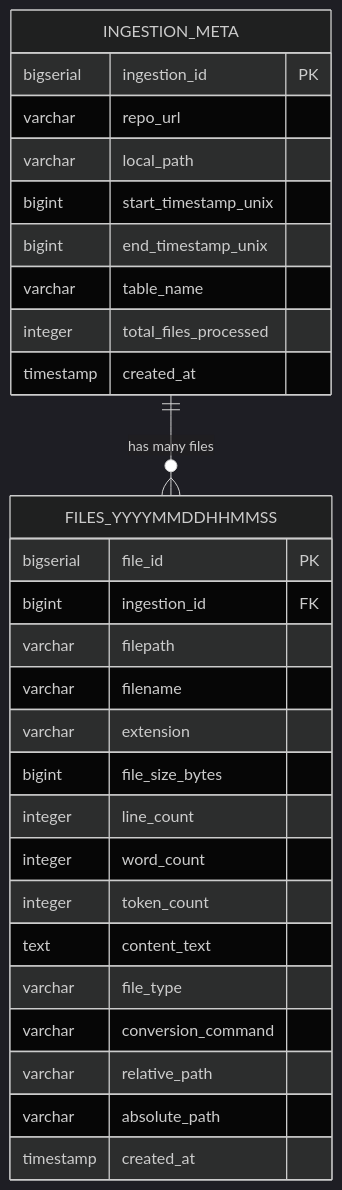
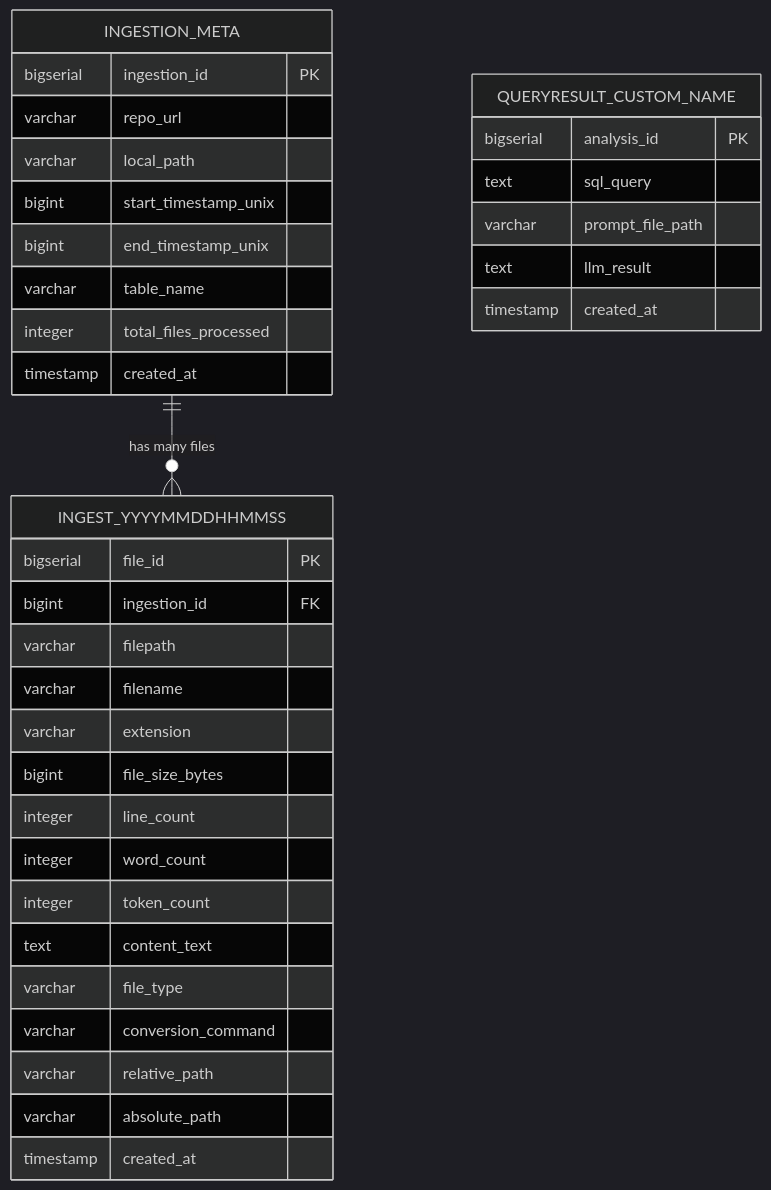
The diagram in .kiro/specs/S03-ingest-code-to-pgdb/requirements.md (that-in-rust/pensieve-local-llm-server), drawn with Mermaid (dark theme) before and after one commit. The commit also changed other lines of this file and 1 other file, not shown here.

````diff
--- a/.kiro/specs/S03-ingest-code-to-pgdb/requirements.md
+++ b/.kiro/specs/S03-ingest-code-to-pgdb/requirements.md
@@ -72,33 +161,41 @@
 ```mermaid
 erDiagram
     INGESTION_META {
         bigserial ingestion_id PK
         varchar repo_url
         varchar local_path
         bigint start_timestamp_unix
         bigint end_timestamp_unix
         varchar table_name
         integer total_files_processed
         timestamp created_at
     }
     
-    FILES_YYYYMMDDHHMMSS {
+    INGEST_YYYYMMDDHHMMSS {
         bigserial file_id PK
         bigint ingestion_id FK
         varchar filepath
         varchar filename
         varchar extension
         bigint file_size_bytes
         integer line_count
         integer word_count
         integer token_count
         text content_text
         varchar file_type
         varchar conversion_command
         varchar relative_path
         varchar absolute_path
         timestamp created_at
     }
     
-    INGESTION_META ||--o{ FILES_YYYYMMDDHHMMSS : "has many files"
+    QUERYRESULT_CUSTOM_NAME {
+        bigserial analysis_id PK
+        text sql_query
+        varchar prompt_file_path
+        text llm_result
+        timestamp created_at
+    }
+    
+    INGESTION_META ||--o{ INGEST_YYYYMMDDHHMMSS : "has many files"
 ```
````
